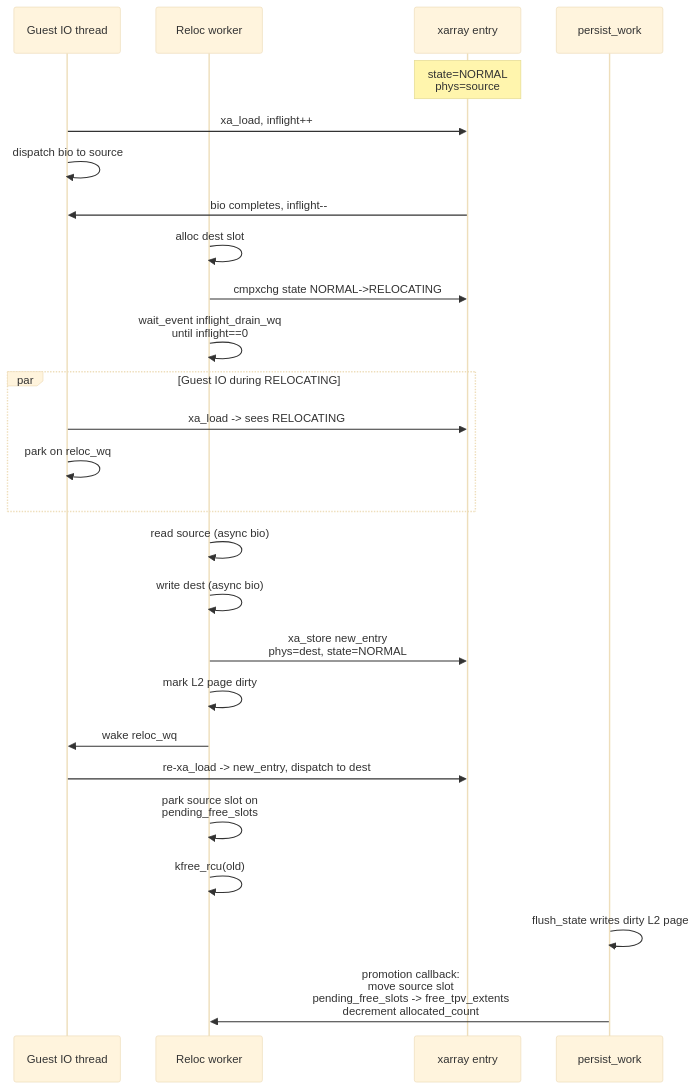
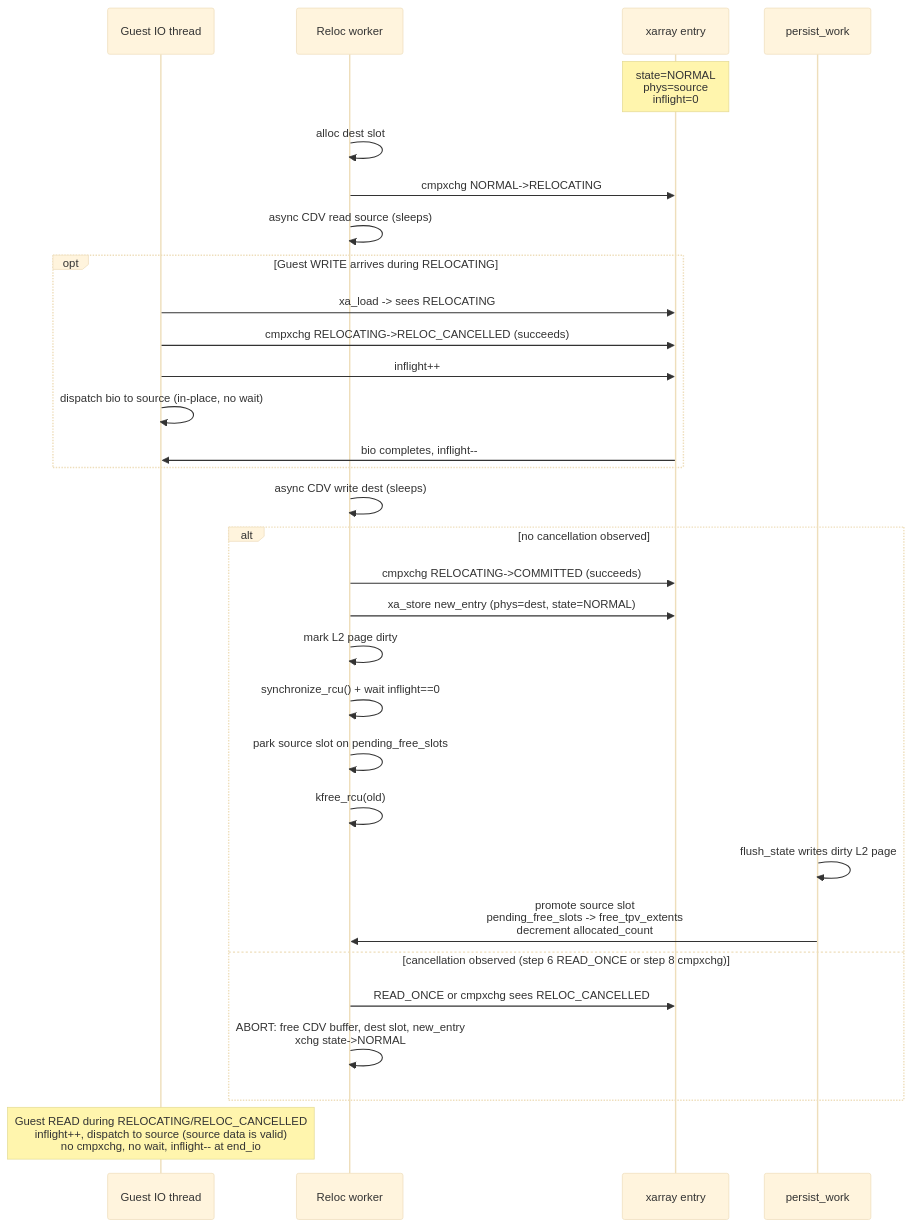
Before and after one commit to NVIDIA/nvmesh-kernel: the third of 4 diagrams in design/TPV_Trimming.md, drawn with Mermaid (base theme). The commit also changed other lines of this file, not shown here.

First line of the commit message:
[NVMESH-8529] docs (design): Step 5 online compaction - detailed design

````diff
--- a/design/TPV_Trimming.md
+++ b/design/TPV_Trimming.md
@@ -1643,34 +1759,39 @@
 ```mermaid
 sequenceDiagram
     participant Guest as Guest IO thread
     participant Worker as Reloc worker
     participant Entry as xarray entry
     participant Flush as persist_work
 
-    Note over Entry: state=NORMAL<br/>phys=source
-
-    Guest->>Entry: xa_load, inflight++
-    Guest->>Guest: dispatch bio to source
-    Entry->>Guest: bio completes, inflight--
+    Note over Entry: state=NORMAL<br/>phys=source<br/>inflight=0
 
     Worker->>Worker: alloc dest slot
-    Worker->>Entry: cmpxchg state NORMAL->RELOCATING
-    Worker->>Worker: wait_event inflight_drain_wq<br/>until inflight==0
+    Worker->>Entry: cmpxchg NORMAL->RELOCATING
+    Worker->>Worker: async CDV read source (sleeps)
 
-    par Guest IO during RELOCATING
+    opt Guest WRITE arrives during RELOCATING
         Guest->>Entry: xa_load -> sees RELOCATING
-        Guest->>Guest: park on reloc_wq
+        Guest->>Entry: cmpxchg RELOCATING->RELOC_CANCELLED (succeeds)
+        Guest->>Entry: inflight++
+        Guest->>Guest: dispatch bio to source (in-place, no wait)
+        Entry->>Guest: bio completes, inflight--
     end
 
-    Worker->>Worker: read source (async bio)
-    Worker->>Worker: write dest (async bio)
-    Worker->>Entry: xa_store new_entry<br/>phys=dest, state=NORMAL
-    Worker->>Worker: mark L2 page dirty
-    Worker->>Guest: wake reloc_wq
-    Guest->>Entry: re-xa_load -> new_entry, dispatch to dest
-    Worker->>Worker: park source slot on<br/>pending_free_slots
-    Worker->>Worker: kfree_rcu(old)
+    Worker->>Worker: async CDV write dest (sleeps)
 
-    Flush->>Flush: flush_state writes dirty L2 page
-    Flush->>Worker: promotion callback:<br/>move source slot<br/>pending_free_slots -> free_tpv_extents<br/>decrement allocated_count
+    alt no cancellation observed
+        Worker->>Entry: cmpxchg RELOCATING->COMMITTED (succeeds)
+        Worker->>Entry: xa_store new_entry (phys=dest, state=NORMAL)
+        Worker->>Worker: mark L2 page dirty
+        Worker->>Worker: synchronize_rcu() + wait inflight==0
+        Worker->>Worker: park source slot on pending_free_slots
+        Worker->>Worker: kfree_rcu(old)
+        Flush->>Flush: flush_state writes dirty L2 page
+        Flush->>Worker: promote source slot<br/>pending_free_slots -> free_tpv_extents<br/>decrement allocated_count
+    else cancellation observed (step 6 READ_ONCE or step 8 cmpxchg)
+        Worker->>Entry: READ_ONCE or cmpxchg sees RELOC_CANCELLED
+        Worker->>Worker: ABORT: free CDV buffer, dest slot, new_entry<br/>xchg state->NORMAL
+    end
+
+    Note over Guest: Guest READ during RELOCATING/RELOC_CANCELLED<br/>inflight++, dispatch to source (source data is valid)<br/>no cmpxchg, no wait, inflight-- at end_io
 ```
````
